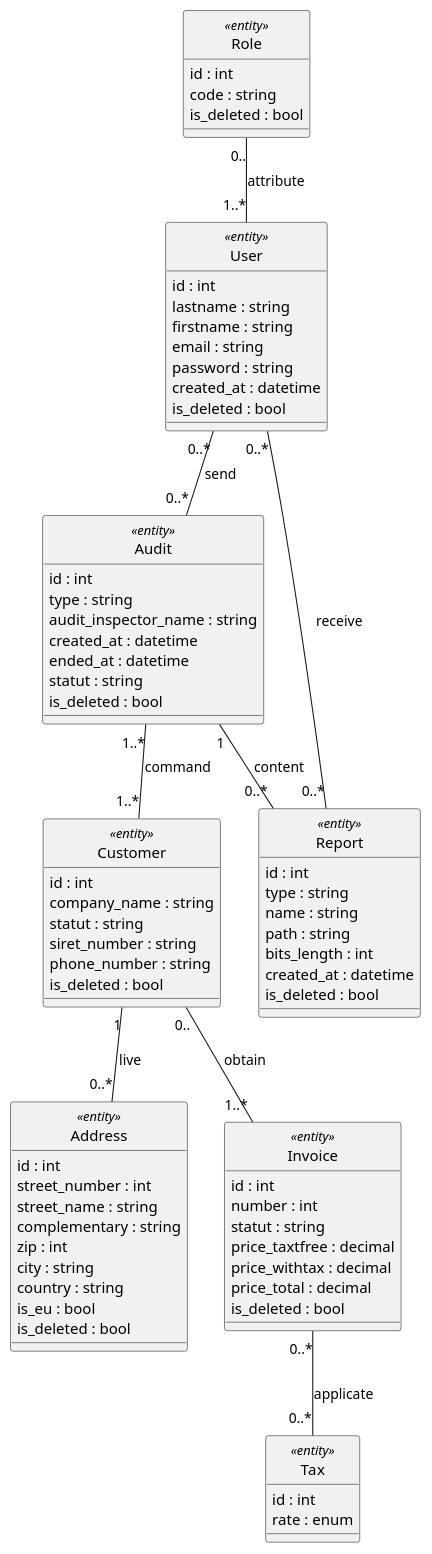
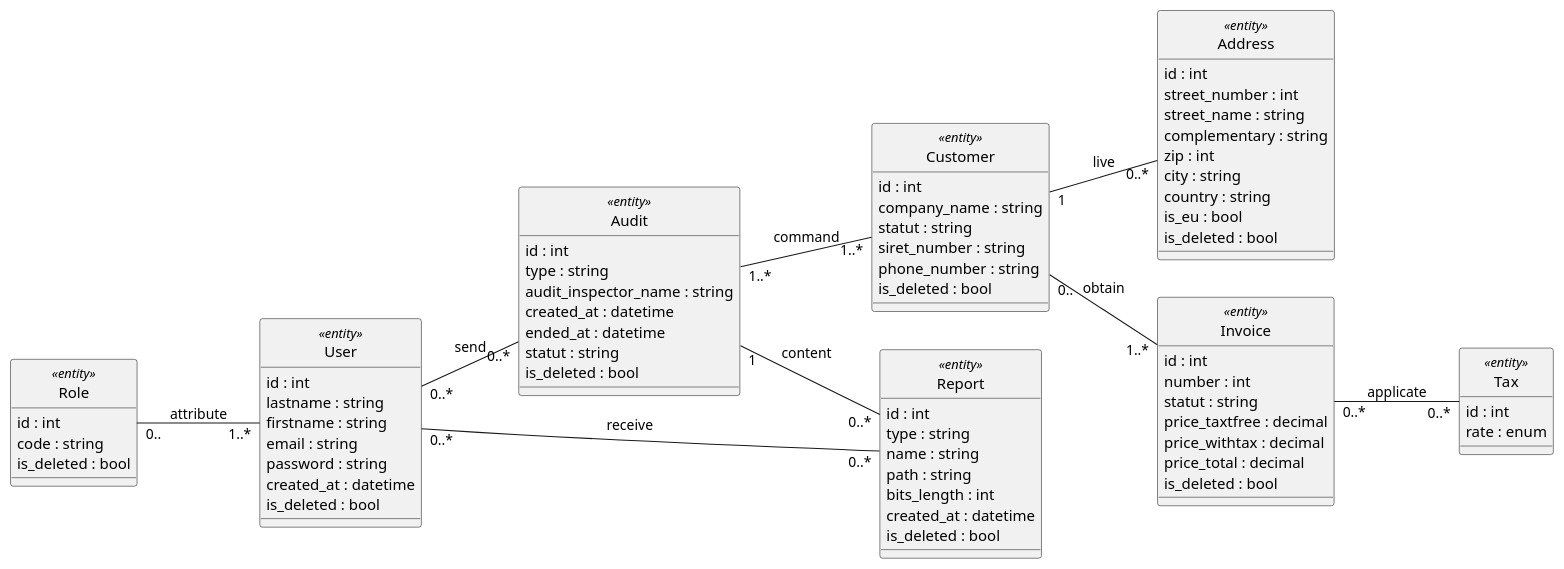
The diagram in conception/casandrav1MCD.puml (PatrickBevis/cassandra-project), drawn with PlantUML before and after one commit. The commit also changed 3 other files, not shown here.

```diff
--- a/conception/casandrav1MCD.puml
+++ b/conception/casandrav1MCD.puml
@@ -1,95 +1,96 @@
 @startuml Cassandra
+left to right direction
 hide circle
 skinparam classAttributeIconSize 0
 
 
-''''''''''Référentiels'''''''''
+
 
 class Role <<entity>> {
   id : int
   code : string
   is_deleted : bool
 }
 
 class User <<entity>> {
   id : int
   lastname : string
   firstname : string
   email : string
   password : string
   created_at : datetime
   is_deleted : bool
 }
 
 
-''''''''''' Métier''''''''''
+
 
 class Address <<entity>> {
   id : int
   street_number : int
   street_name : string
   complementary : string
   zip : int
   city : string
   country : string
   is_eu : bool
   is_deleted : bool
 }
 
 class Customer <<entity>> {
   id : int
   company_name : string
   statut : string
   siret_number : string
   phone_number : string
   is_deleted : bool
 }
 
 class Invoice <<entity>> {
   id : int
   number : int
   statut : string
   price_taxtfree : decimal
   price_withtax : decimal
   price_total : decimal
   is_deleted : bool
 }
 
 class Tax <<entity>> {
   id : int
   rate : enum
 }
 
 class Audit <<entity>> {
   id : int
   type : string
   audit_inspector_name : string
   created_at : datetime
   ended_at : datetime
   statut : string
   is_deleted : bool
 }
 
 class Report <<entity>> {
   id : int
   type : string
   name : string
   path : string
   bits_length : int
   created_at : datetime
   is_deleted : bool
 }
 
 
-'''''''''''''Relations'''''''''''''
+
 
 Role     "0.."   -- "1..*" User     : attribute
 User     "0..*"  -- "0..*" Audit    : send
 User     "0..*"  -- "0..*" Report   : receive
 Audit    "1"     -- "0..*" Report   : content
 Audit    "1..*"  -- "1..*" Customer : command
 Customer "1"     -- "0..*" Address  : live
 Customer "0.."   -- "1..*" Invoice  : obtain
 Invoice  "0..*"  -- "0..*" Tax      : applicate
 
 @enduml
```
